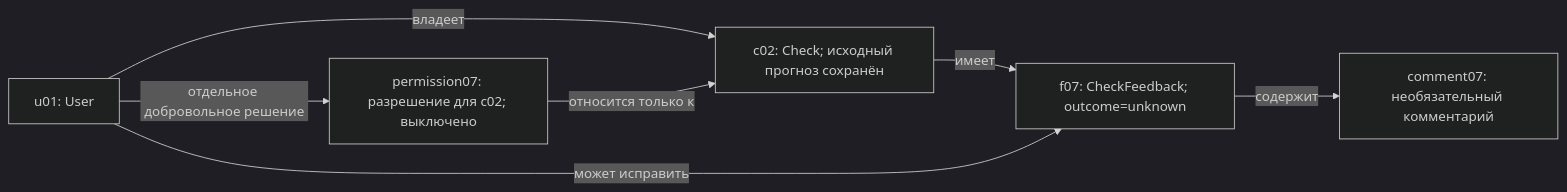
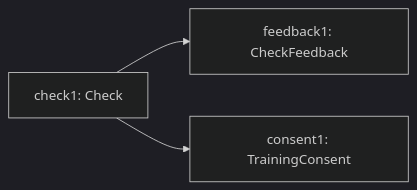
Before and after one commit to dzprht/alphago1v: diagram 13 of 14 in kharchenko_diagrams.md, drawn with Mermaid (dark theme). The commit also changed other lines of this file and 82 other files, not shown here.

````diff
--- a/kharchenko_diagrams.md
+++ b/kharchenko_diagrams.md
@@ -320,9 +134,5 @@
 ```mermaid
 flowchart LR
-    user["u01: User"] -->|владеет| check["c02: Check; исходный прогноз сохранён"]
-    check -->|имеет| feedback["f07: CheckFeedback; outcome=unknown"]
-    user -->|может исправить| feedback
-    feedback -->|содержит| comment["comment07: необязательный комментарий"]
-    user -->|отдельное добровольное решение| permission["permission07: разрешение для c02; выключено"]
-    permission -->|относится только к| check
+    check["check1: Check"] --> feedback["feedback1: CheckFeedback"]
+    check --> consent["consent1: TrainingConsent"]
 ```
````
